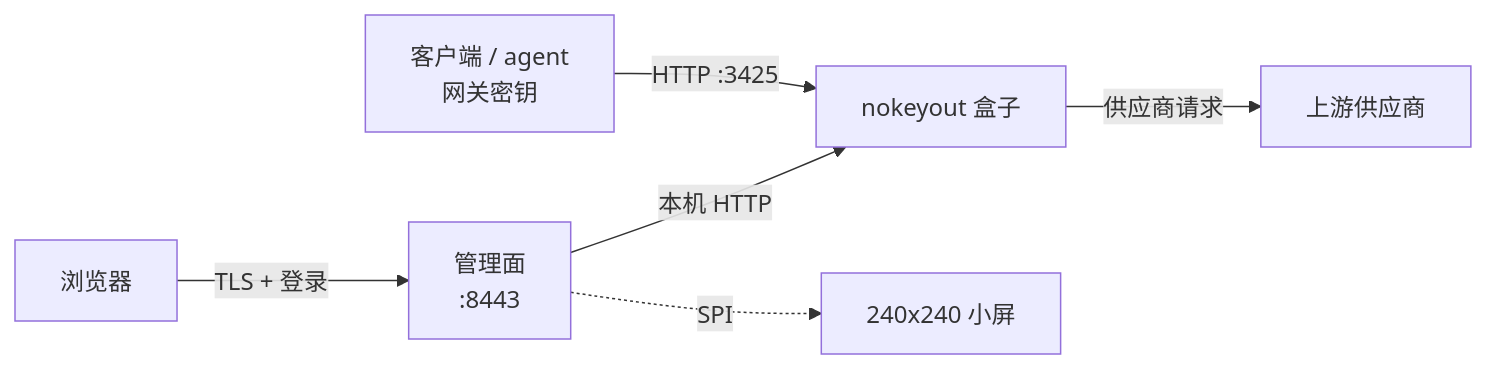
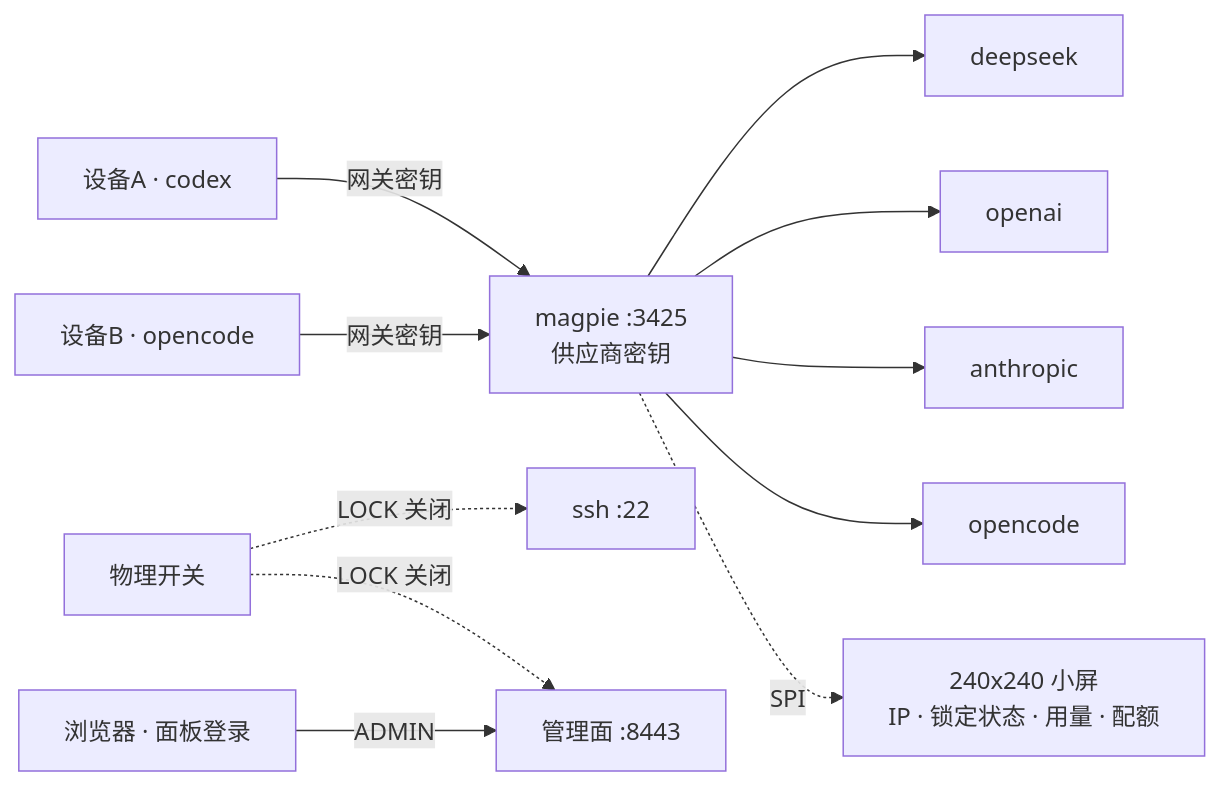
One commit to Purisky/NoKeyOut changed the diagram in README.zh-CN.md. Above: the diagram before and after it, drawn with Mermaid. The commit also changed other lines of this file and 1 other file, not shown here.

````diff
--- a/README.zh-CN.md
+++ b/README.zh-CN.md
@@ -15,8 +13,13 @@
 ```mermaid
 graph LR
-  C["客户端 / agent<br/>网关密钥"] -->|"HTTP :3425"| G["nokeyout 盒子"]
-  G -->|"供应商请求"| P["上游供应商"]
-  A["浏览器"] -->|"TLS + 登录"| M["管理面<br/>:8443"]
-  M -->|"本机 HTTP"| G
-  M -.->|"SPI"| H["240x240 小屏"]
+  A["设备A · codex"] -->|网关密钥| M["magpie :3425<br/>供应商密钥"]
+  B["设备B · opencode"] -->|网关密钥| M
+  M --> P1["deepseek"]
+  M --> P2["openai"]
+  M --> P3["anthropic"]
+  M --> P4["opencode"]
+  S["物理开关"] -.->|LOCK 关闭| SSH["ssh :22"]
+  S -.->|LOCK 关闭| PANEL["管理面 :8443"]
+  W["浏览器 · 面板登录"] -->|ADMIN| PANEL
+  M -.->|SPI| H["240x240 小屏<br/>IP · 锁定状态 · 用量 · 配额"]
 ```
````
